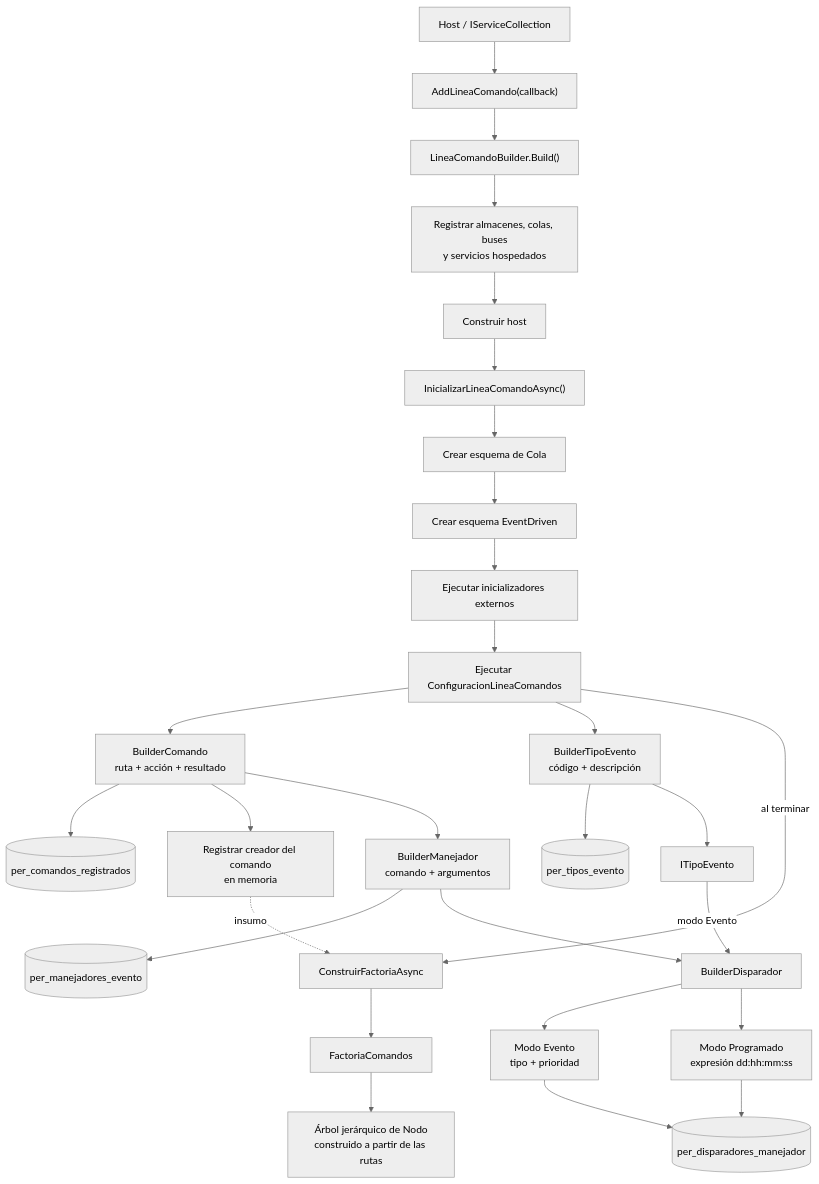
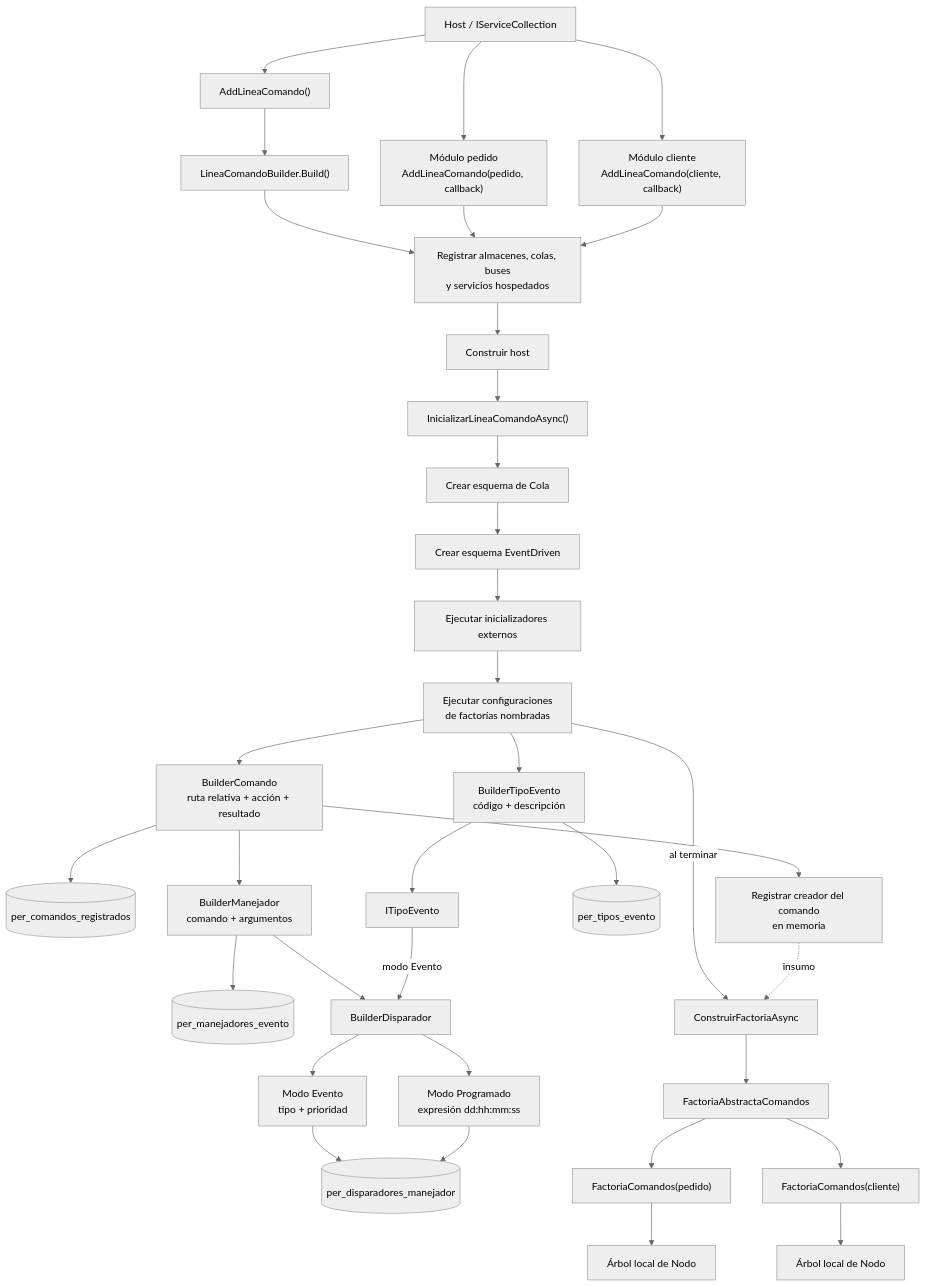
One commit to Mario551/LineaComando changed the first of 2 diagrams in LineaComando/README.md. Above: the diagram before and after it, drawn with Mermaid (neutral theme). The commit also changed other lines of this file and 36 other files, not shown here.

Commit message:
separación de factoria de comandos a factoria abstracta para solucionar acoplamiento entre módulos

````diff
--- a/LineaComando/README.md
+++ b/LineaComando/README.md
@@ -23,42 +23,51 @@
 ```mermaid
 flowchart TB
     Host["Host / IServiceCollection"]
-    Add["AddLineaComando(callback)"]
+    Add["AddLineaComando()"]
+    ModuloA["Módulo pedido<br/>AddLineaComando(pedido, callback)"]
+    ModuloB["Módulo cliente<br/>AddLineaComando(cliente, callback)"]
     Build["LineaComandoBuilder.Build()"]
     DI["Registrar almacenes, colas, buses<br/>y servicios hospedados"]
     ConstruirHost["Construir host"]
     Inicializar["InicializarLineaComandoAsync()"]
     EsquemaCola["Crear esquema de Cola"]
     EsquemaEventos["Crear esquema EventDriven"]
     InicializadoresExternos["Ejecutar inicializadores externos"]
-    Callback["Ejecutar ConfiguracionLineaComandos"]
+    Callbacks["Ejecutar configuraciones<br/>de factorías nombradas"]
 
     Host --> Add --> Build --> DI
+    Host --> ModuloA
+    Host --> ModuloB
+    ModuloA --> DI
+    ModuloB --> DI
     DI --> ConstruirHost --> Inicializar
     Inicializar --> EsquemaCola --> EsquemaEventos
-    EsquemaEventos --> InicializadoresExternos --> Callback
+    EsquemaEventos --> InicializadoresExternos --> Callbacks
 
-    Callback --> BuilderComando["BuilderComando<br/>ruta + acción + resultado"]
-    Callback --> BuilderTipoEvento["BuilderTipoEvento<br/>código + descripción"]
+    Callbacks --> BuilderComando["BuilderComando<br/>ruta relativa + acción + resultado"]
+    Callbacks --> BuilderTipoEvento["BuilderTipoEvento<br/>código + descripción"]
 
     BuilderComando --> RegistroComando[("per_comandos_registrados")]
     BuilderComando --> Creador["Registrar creador del comando<br/>en memoria"]
     BuilderComando --> BuilderManejador["BuilderManejador<br/>comando + argumentos"]
 
     BuilderTipoEvento --> RegistroTipo[("per_tipos_evento")]
     BuilderTipoEvento --> TipoEvento["ITipoEvento"]
 
     BuilderManejador --> RegistroManejador[("per_manejadores_evento")]
     BuilderManejador --> BuilderDisparador["BuilderDisparador"]
     TipoEvento -->|"modo Evento"| BuilderDisparador
 
     BuilderDisparador --> DisparadorEvento["Modo Evento<br/>tipo + prioridad"]
     BuilderDisparador --> DisparadorProgramado["Modo Programado<br/>expresión dd:hh:mm:ss"]
     DisparadorEvento --> RegistroDisparador[("per_disparadores_manejador")]
     DisparadorProgramado --> RegistroDisparador
 
-    Callback -->|"al terminar"| ConstruirFactoria["ConstruirFactoriaAsync"]
+    Callbacks -->|"al terminar"| ConstruirFactoria["ConstruirFactoriaAsync"]
     Creador -. "insumo" .-> ConstruirFactoria
-    ConstruirFactoria --> Factoria["FactoriaComandos"]
-    Factoria --> Arbol["Árbol jerárquico de Nodo<br/>construido a partir de las rutas"]
+    ConstruirFactoria --> FactoriaAbstracta["FactoriaAbstractaComandos"]
+    FactoriaAbstracta --> FactoriaPedido["FactoriaComandos(pedido)"]
+    FactoriaAbstracta --> FactoriaCliente["FactoriaComandos(cliente)"]
+    FactoriaPedido --> ArbolPedido["Árbol local de Nodo"]
+    FactoriaCliente --> ArbolCliente["Árbol local de Nodo"]
 ```
````
